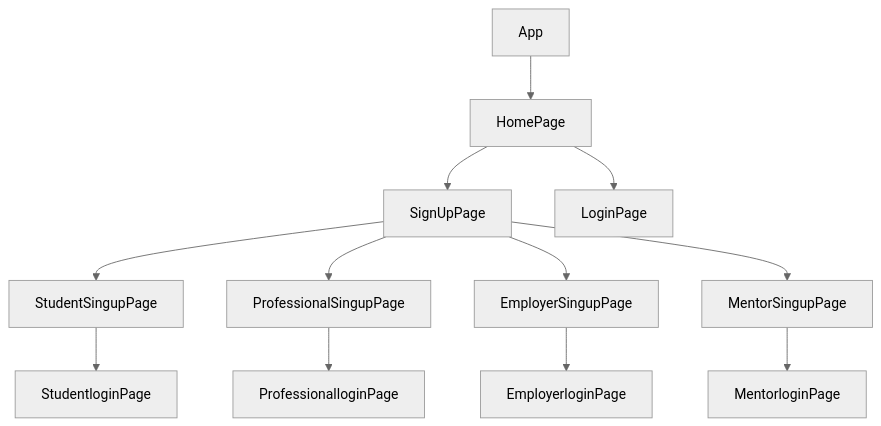
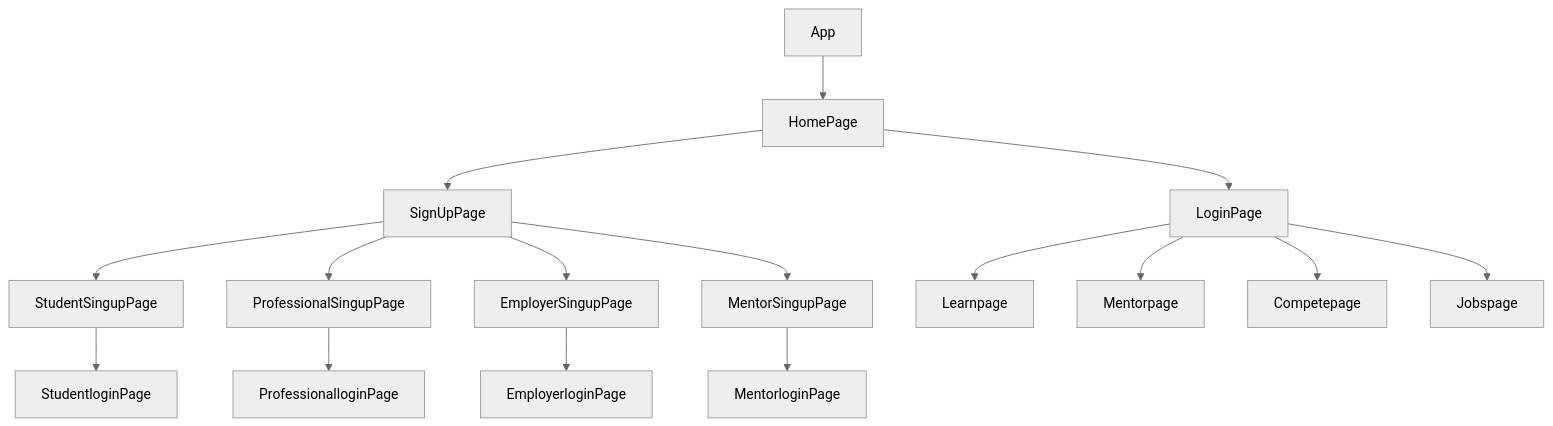
Before and after one commit to Skilltank01/SkilltankWebsite: the diagram in README.md, drawn with Mermaid (neutral theme).

````diff
--- a/README.md
+++ b/README.md
@@ -74,15 +74,18 @@
 ```mermaid
 graph TD;
     App-->HomePage
     HomePage-->SignUpPage;
      HomePage-->LoginPage;
 SignUpPage-->StudentSingupPage;
  SignUpPage-->ProfessionalSingupPage;
  SignUpPage-->EmployerSingupPage;
  SignUpPage-->MentorSingupPage;
  StudentSingupPage-->StudentloginPage;
  ProfessionalSingupPage-->ProfessionalloginPage;
  EmployerSingupPage-->EmployerloginPage;
  MentorSingupPage-->MentorloginPage;
-        
+LoginPage--> Learnpage
+LoginPage--> Mentorpage
+LoginPage--> Competepage
+LoginPage--> Jobspage
 ```
````
